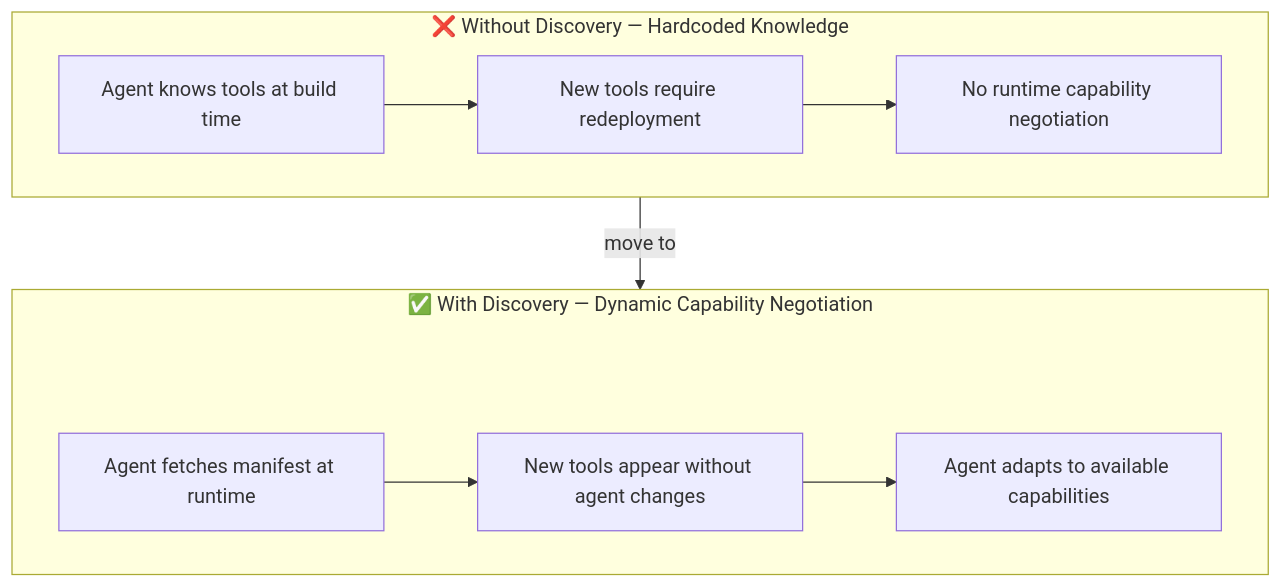
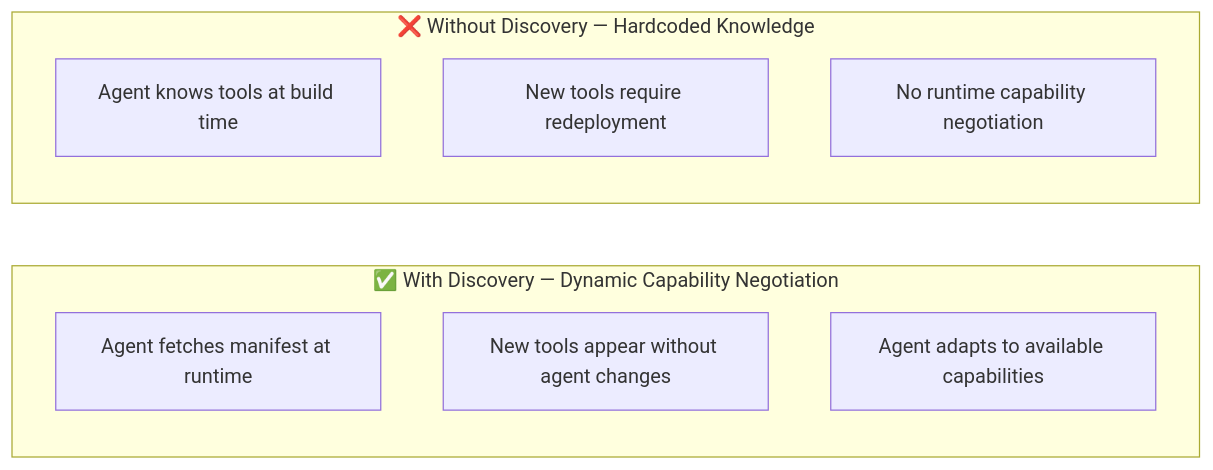
Before and after one commit to romangurevitch/GoTraining: the first of 8 diagrams in internal/fundamentals/the-agentic-future/03-tool-discovery.md, drawn with Mermaid. The commit also changed other lines of this file and 20 other files, not shown here.

````diff
--- a/internal/fundamentals/the-agentic-future/03-tool-discovery.md
+++ b/internal/fundamentals/the-agentic-future/03-tool-discovery.md
@@ -7,21 +7,18 @@
 ```mermaid
-graph TB
+graph TD
     subgraph Without["❌ Without Discovery — Hardcoded Knowledge"]
+        direction TB
         W1["Agent knows tools at build time"]
         W2["New tools require redeployment"]
         W3["No runtime capability negotiation"]
-        W1 --> W2 --> W3
     end
 
+    Without ~~~ With
+
     subgraph With["✅ With Discovery — Dynamic Capability Negotiation"]
-        SPACE1[" "]
+        direction TB
         D1["Agent fetches manifest at runtime"]
         D2["New tools appear without agent changes"]
         D3["Agent adapts to available capabilities"]
-        D1 --> D2 --> D3
     end
-
-    style SPACE1 fill:none,stroke:none
-
-    Without -->|"move to"| With
 ```
````
